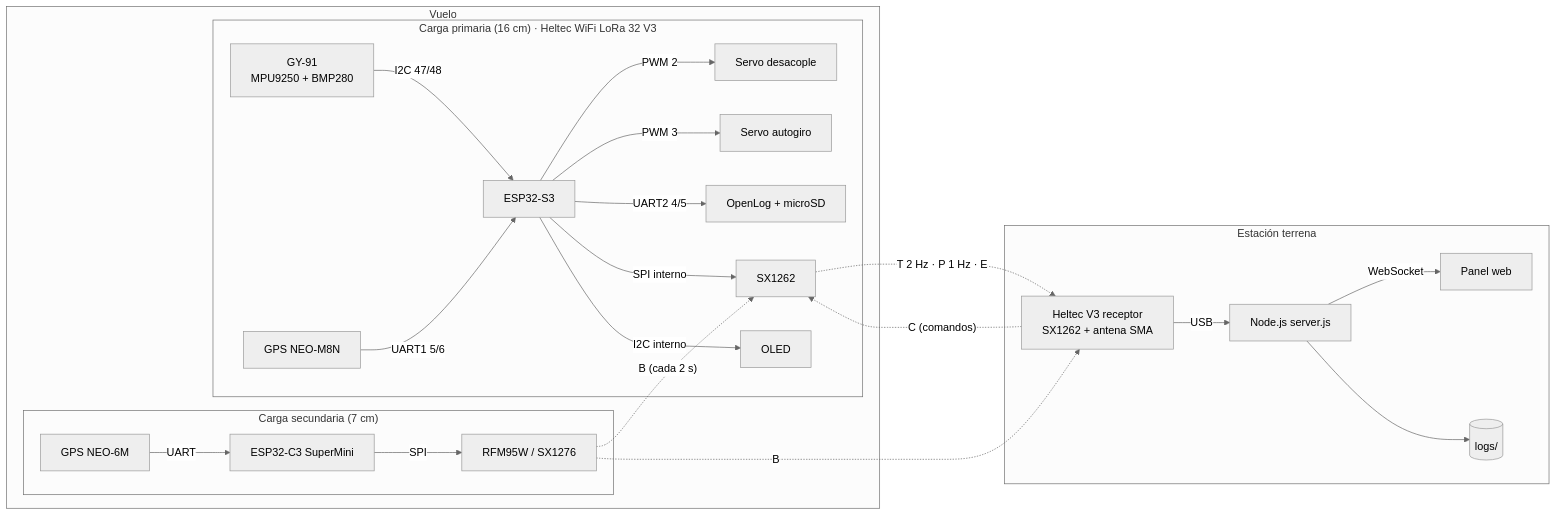
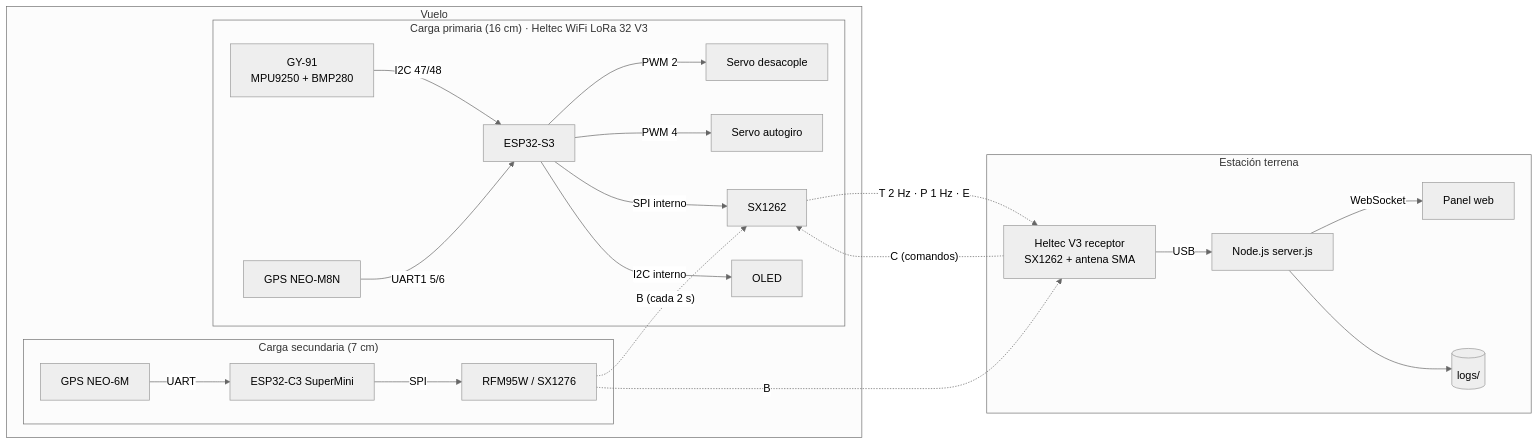
Before and after one commit to essjonydiaz/zenit-cansat: the diagram in docs/01-arquitectura.md, drawn with Mermaid (neutral theme). The commit also changed other lines of this file and 29 other files, not shown here.

First line of the commit message:
Misión a 100 m con desacople a 80 m, sin OpenLog y resultados del 24 de noviembre

````diff
--- a/docs/01-arquitectura.md
+++ b/docs/01-arquitectura.md
@@ -5,27 +5,26 @@
 ```mermaid
 flowchart LR
   subgraph Vuelo
     subgraph Secundaria["Carga secundaria (7 cm)"]
       GPS2[GPS NEO-6M] -- UART --> ESP2[ESP32-C3 SuperMini]
       ESP2 -- SPI --> LORA2[RFM95W / SX1276]
     end
     subgraph Primaria["Carga primaria (16 cm) · Heltec WiFi LoRa 32 V3"]
       GY[GY-91<br/>MPU9250 + BMP280] -- I2C 47/48 --> ESP1[ESP32-S3]
       GPS1[GPS NEO-M8N] -- UART1 5/6 --> ESP1
       ESP1 -- PWM 2 --> SD1[Servo desacople]
-      ESP1 -- PWM 3 --> SA[Servo autogiro]
-      ESP1 -- UART2 4/5 --> OL[OpenLog + microSD]
+      ESP1 -- PWM 4 --> SA[Servo autogiro]
       ESP1 -- SPI interno --> LORA1[SX1262]
       ESP1 -- I2C interno --> OLED[OLED]
     end
   end
   subgraph Tierra["Estación terrena"]
     LORA3[Heltec V3 receptor<br/>SX1262 + antena SMA] -- USB --> NODE[Node.js server.js]
     NODE -- WebSocket --> WEB[Panel web]
     NODE --> LOGS[(logs/)]
   end
   LORA2 -. "B (cada 2 s)" .-> LORA1
   LORA2 -. "B" .-> LORA3
   LORA1 -. "T 2 Hz · P 1 Hz · E" .-> LORA3
   LORA3 -. "C (comandos)" .-> LORA1
 ```
````
